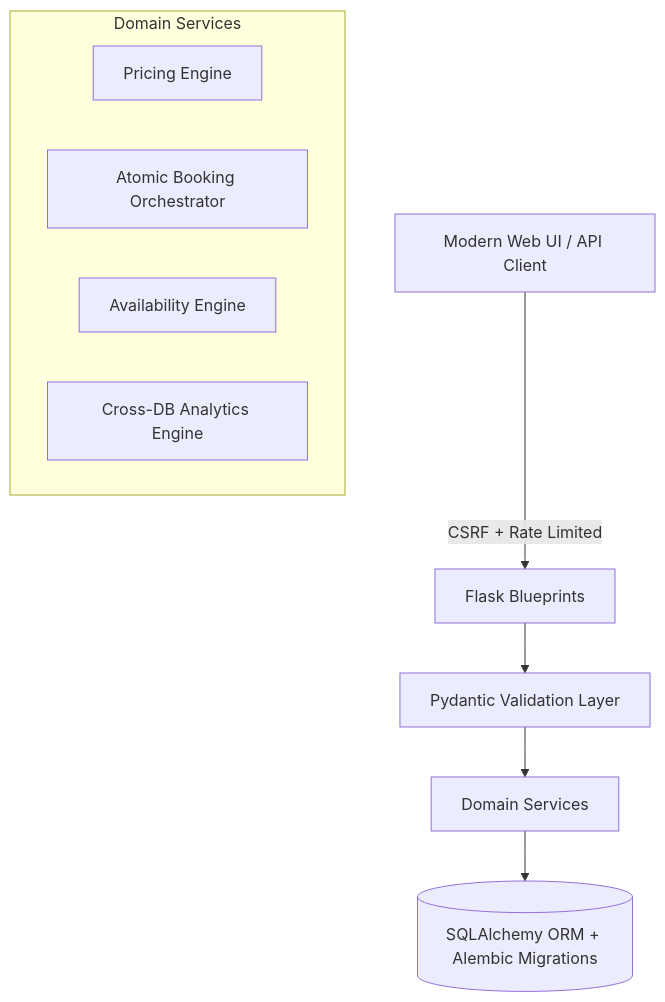
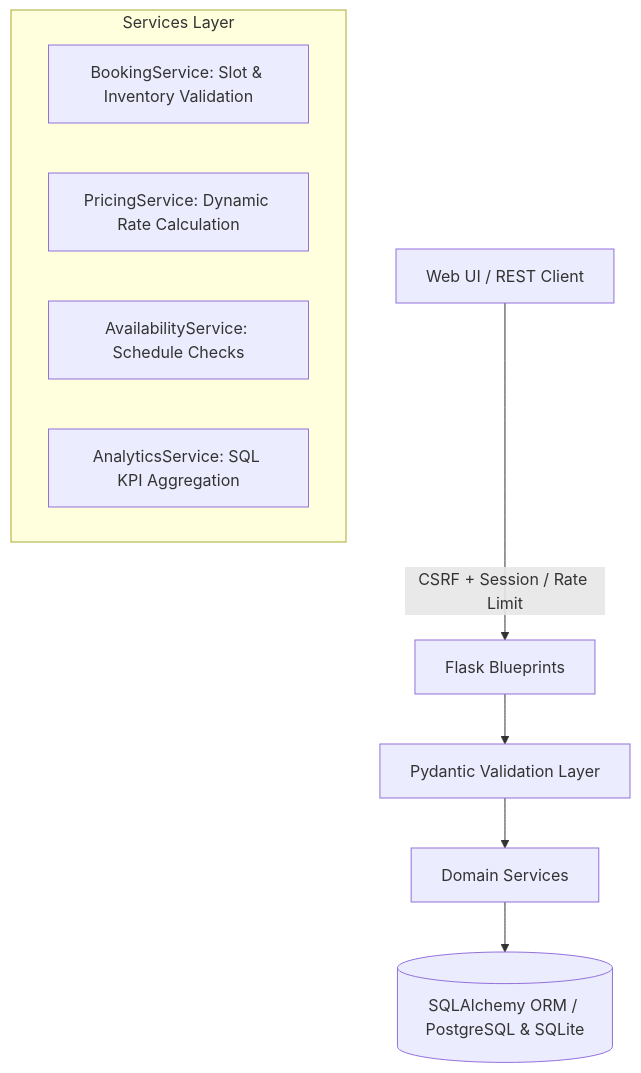
One commit to Spidey173/CourtBook-Pro changed the diagram in README.md. Above: the diagram before and after it, drawn with Mermaid. The commit also changed other lines of this file and 1 other file, not shown here.

````diff
--- a/README.md
+++ b/README.md
@@ -47,15 +45,15 @@
 ```mermaid
 graph TD
-    Client[Modern Web UI / API Client] -->|CSRF + Rate Limited| Blueprints[Flask Blueprints]
+    Client[Web UI / REST Client] -->|CSRF + Session / Rate Limit| Blueprints[Flask Blueprints]
     Blueprints --> Schemas[Pydantic Validation Layer]
     Schemas --> Services[Domain Services]
     
-    subgraph Domain Services
-        PricingService[Pricing Engine]
-        BookingService[Atomic Booking Orchestrator]
-        AvailabilityService[Availability Engine]
-        AnalyticsService[Cross-DB Analytics Engine]
+    subgraph Services Layer
+        BookingService[BookingService: Slot & Inventory Validation]
+        PricingService[PricingService: Dynamic Rate Calculation]
+        AvailabilityService[AvailabilityService: Schedule Checks]
+        AnalyticsService[AnalyticsService: SQL KPI Aggregation]
     end
     
-    Services --> DB[(SQLAlchemy ORM + Alembic Migrations)]
+    Services --> DB[(SQLAlchemy ORM / PostgreSQL & SQLite)]
 ```
````
